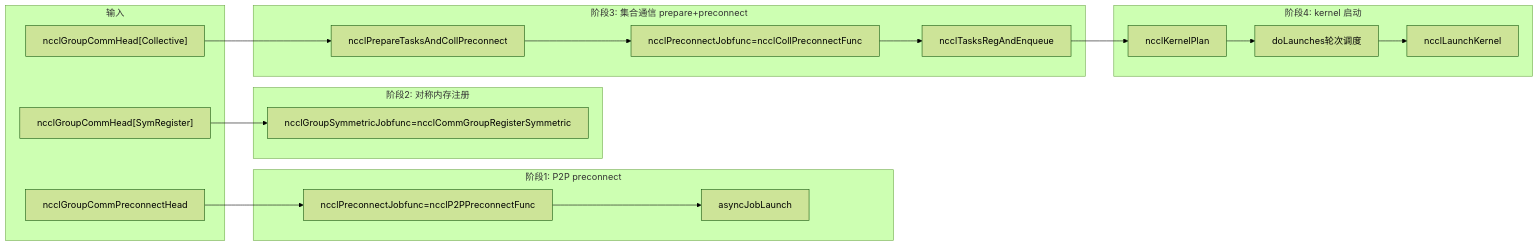
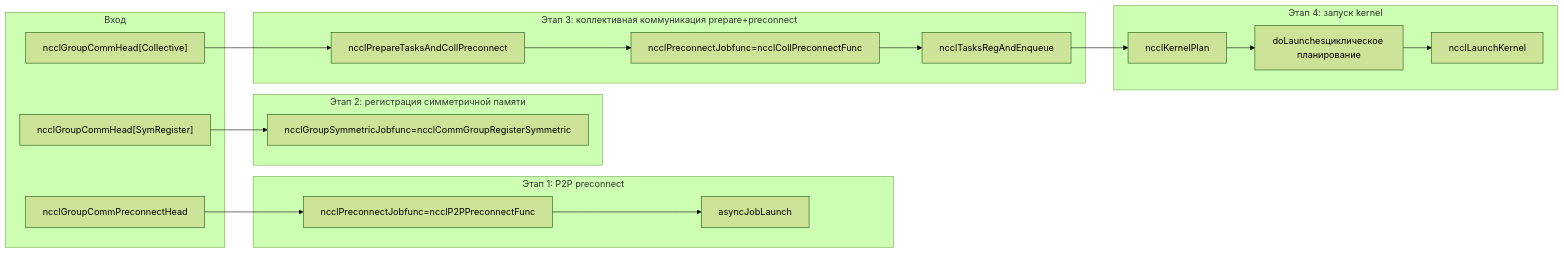
One commit to maleRjc/AiReadCodeBooks changed the second of 2 diagrams in books/nccl/ru/07-task-scheduler-and-channels.md. Above: the diagram before and after it, drawn with Mermaid (forest theme). The commit also changed other lines of this file and 74 other files, not shown here.

````diff
--- a/books/nccl/ru/07-task-scheduler-and-channels.md
+++ b/books/nccl/ru/07-task-scheduler-and-channels.md
@@ -687,34 +689,34 @@
 ```mermaid
 flowchart LR
-    subgraph input["输入"]
+    subgraph input["Вход"]
         preconnect["ncclGroupCommPreconnectHead"]
         coll["ncclGroupCommHead[Collective]"]
         sym["ncclGroupCommHead[SymRegister]"]
     end
 
-    subgraph phase1["阶段1: P2P preconnect"]
+    subgraph phase1["Этап 1: P2P preconnect"]
         p2p_job["ncclPreconnectJobfunc=ncclP2PPreconnectFunc"]
         p2p_launch["asyncJobLaunch"]
     end
 
-    subgraph phase2["阶段2: 对称内存注册"]
+    subgraph phase2["Этап 2: регистрация симметричной памяти"]
         sym_job["ncclGroupSymmetricJobfunc=ncclCommGroupRegisterSymmetric"]
     end
 
-    subgraph phase3["阶段3: 集合通信 prepare+preconnect"]
+    subgraph phase3["Этап 3: коллективная коммуникация prepare+preconnect"]
         prep["ncclPrepareTasksAndCollPreconnect"]
         coll_job["ncclPreconnectJobfunc=ncclCollPreconnectFunc"]
         reg_enq["ncclTasksRegAndEnqueue"]
     end
 
-    subgraph phase4["阶段4: kernel 启动"]
-        do_launch["doLaunches轮次调度"]
+    subgraph phase4["Этап 4: запуск kernel"]
+        do_launch["doLaunchesциклическое планирование"]
         plan["ncclKernelPlan"]
         kernel["ncclLaunchKernel"]
     end
 
     preconnect --> p2p_job --> p2p_launch
     sym --> sym_job
     coll --> prep --> coll_job --> reg_enq
     reg_enq --> plan --> do_launch --> kernel
 ```
````
